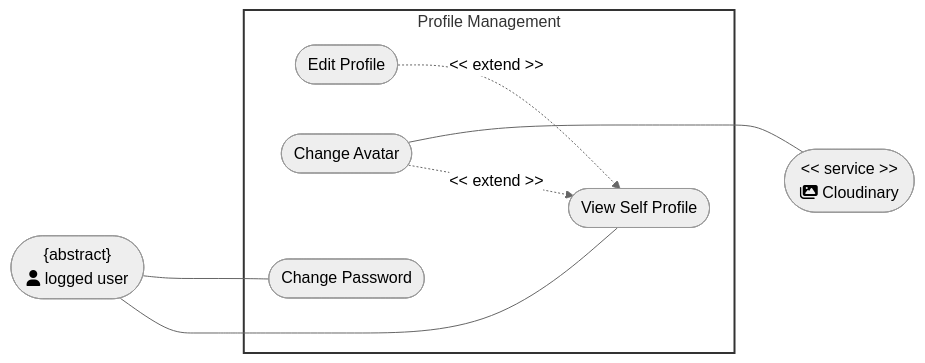
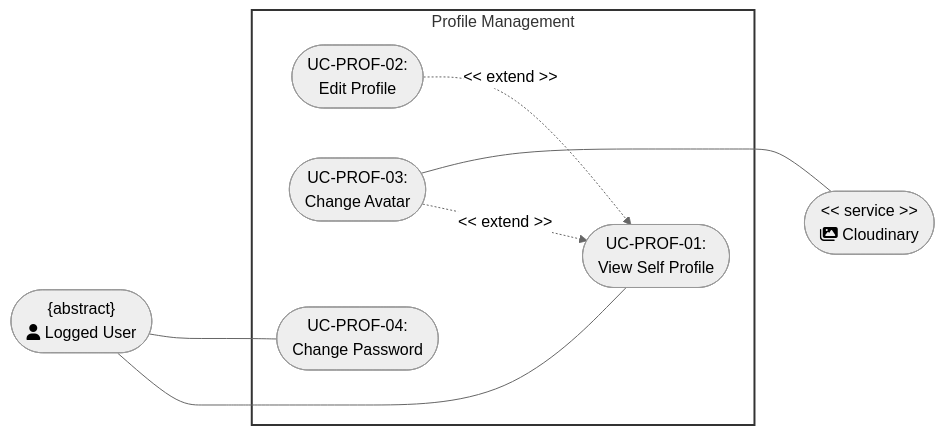
Before and after one commit to DuyNhat1705/AmeThyst-Library: the third of 9 diagrams in docs/management/PA3/Use-CaseDiagram.md, drawn with Mermaid (neutral theme). The commit also changed other lines of this file and 67 other files, not shown here.

Commit message:
update the Usecase specification and diagram

````diff
--- a/docs/management/PA3/Use-CaseDiagram.md
+++ b/docs/management/PA3/Use-CaseDiagram.md
@@ -111,28 +109,28 @@
 ```mermaid
 flowchart LR
     %% Actors
-    ActorLeft(["<center>{abstract} <br> fa:fa-user logged user</center>"])
+    ActorLeft(["<center>{abstract} <br> fa:fa-user Logged User</center>"])
     ActorRight(["<center>&lt&lt; service &gt&gt; <br>fa:fa-images Cloudinary</center>"]) 
 
     %% System Boundary
     subgraph ProfileManagement [Profile Management]
-        UC1([View Self Profile])
-        UC2([Edit Profile])
-        UC3([Change Avatar])
-        UC4([Change Password])
+        UC1([UC-PROF-01:<br>View Self Profile])
+        UC2([UC-PROF-02:<br>Edit Profile])
+        UC3([UC-PROF-03:<br>Change Avatar])
+        UC4([UC-PROF-04:<br>Change Password])
     end
     
 	ActorLeft ~~~~~ ProfileManagement ~~~ ActorRight
 
     %% Relationships
     ActorLeft --- UC1
     ActorLeft --- UC4
     
     UC2 -. "<< extend >>" .-> UC1
     UC3 -. "<< extend >>" .-> UC1
     
     UC3  --- ActorRight 
    
     %% Styling to make it clean
     style ProfileManagement fill:#fff,stroke:#333,stroke-width:2px
 ```
````
